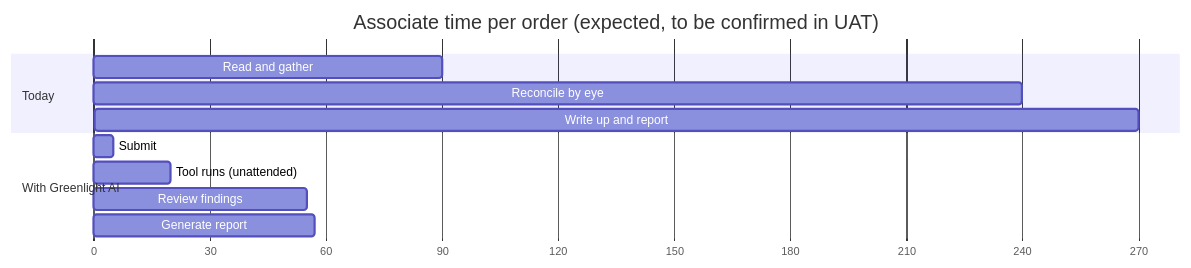
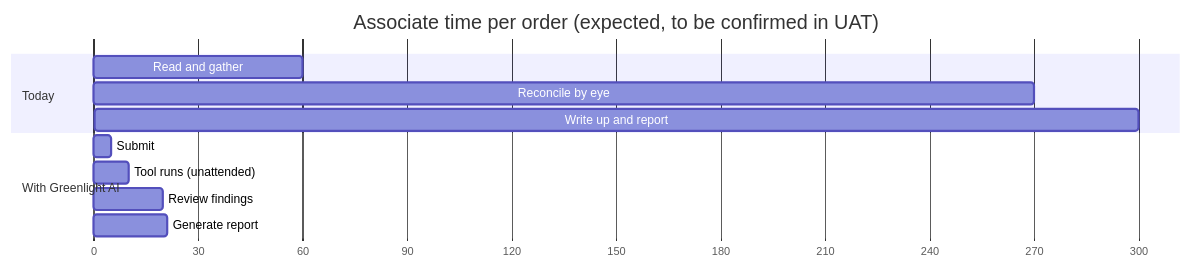
One commit to rjoshig/vigilAI changed the sixth of 8 diagrams in docs/presentation-brief.md. Above: the diagram before and after it, drawn with Mermaid. The commit also changed other lines of this file and 1 other file, not shown here.

````diff
--- a/docs/presentation-brief.md
+++ b/docs/presentation-brief.md
@@ -307,15 +312,15 @@
 ```mermaid
 gantt
     title Associate time per order (expected, to be confirmed in UAT)
     dateFormat X
     axisFormat %s
     section Today
-    Read and gather           :a1, 0, 90
-    Reconcile by eye          :a2, 90, 240
-    Write up and report       :a3, 240, 270
+    Read and gather           :a1, 0, 60
+    Reconcile by eye          :a2, 60, 270
+    Write up and report       :a3, 270, 300
     section With Greenlight AI
     Submit                    :b1, 0, 5
-    Tool runs (unattended)    :b2, 5, 20
-    Review findings           :b3, 20, 55
-    Generate report           :b4, 55, 57
+    Tool runs (unattended)    :b2, 5, 10
+    Review findings           :b3, 10, 20
+    Generate report           :b4, 20, 21
 ```
````
